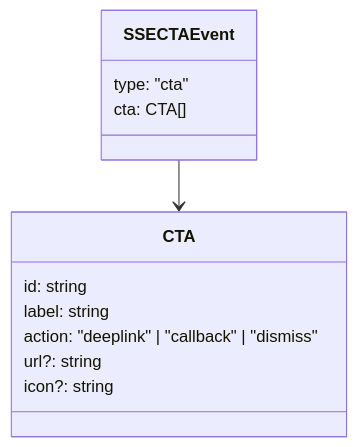
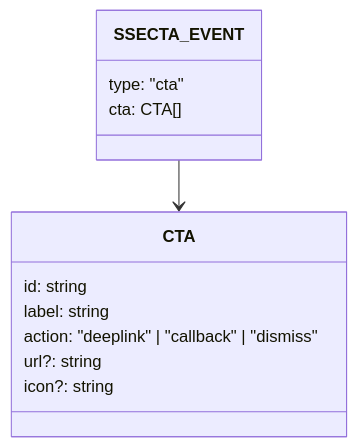
Diagram 17 of 22 in plan/11-transport.md (1qh/safeagent), drawn with Mermaid before and after one commit. The commit also changed other lines of this file and 7 other files, not shown here.

Commit message:
plan: fix Mermaid node IDs to UPPER_SNAKE across all files

````diff
--- a/plan/11-transport.md
+++ b/plan/11-transport.md
@@ -521,15 +521,15 @@
 ```mermaid
 classDiagram
-    class SSECTAEvent {
+    class SSECTA_EVENT {
         type: "cta"
         cta: CTA[]
     }
     class CTA {
         id: string
         label: string
         action: "deeplink" | "callback" | "dismiss"
         url?: string
         icon?: string
     }
-    SSECTAEvent --> CTA
+    SSECTA_EVENT --> CTA
 ```
````
